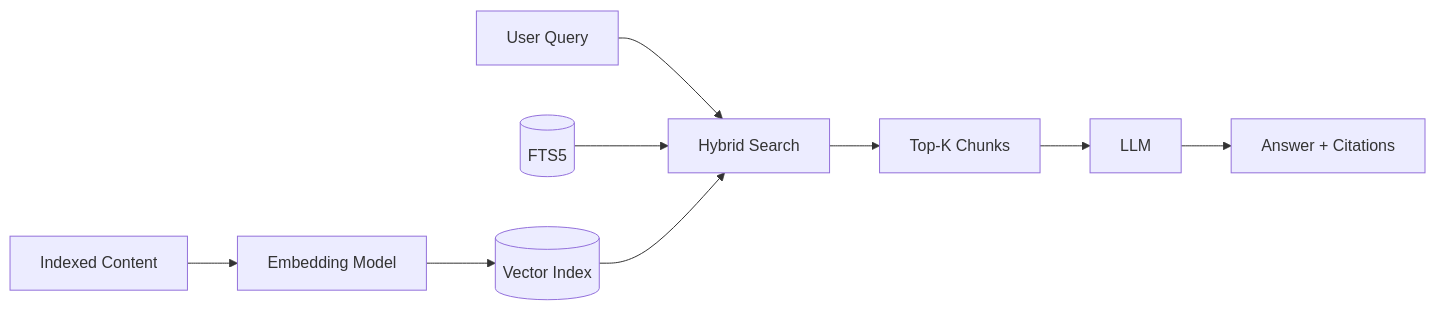
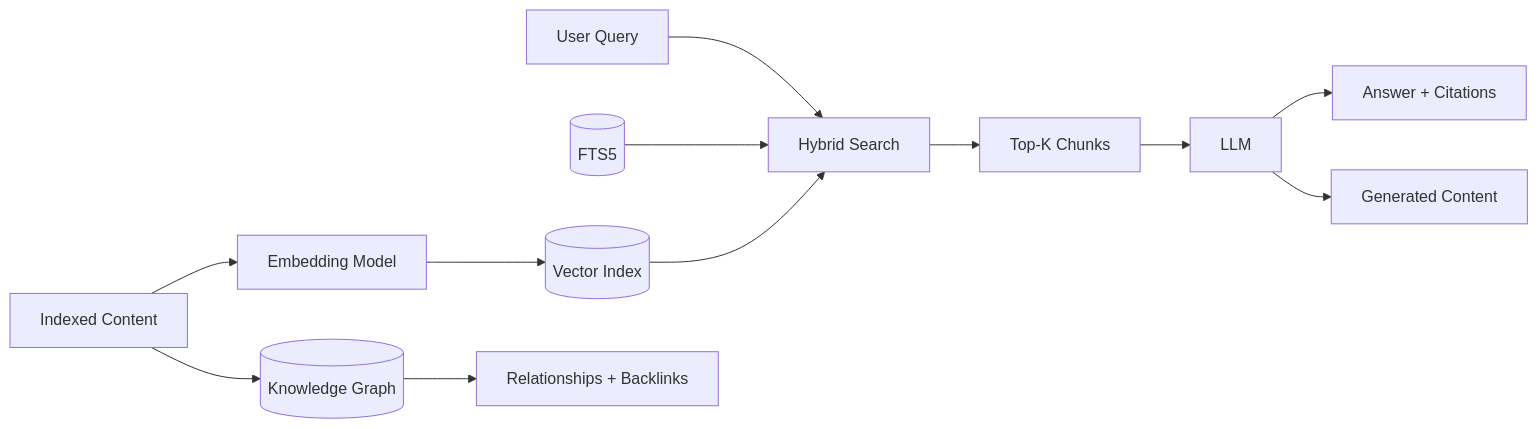
Before and after one commit to ahmedkhaledmohamed/the-hub: the third of 5 diagrams in docs/future-developments.md, drawn with Mermaid. The commit also changed other lines of this file, not shown here.

````diff
--- a/docs/future-developments.md
+++ b/docs/future-developments.md
@@ -75,11 +120,14 @@
 ```mermaid
 flowchart LR
     Content[Indexed Content] --> Embed[Embedding Model]
     Embed --> VecIdx[(Vector Index)]
     Query[User Query] --> Hybrid[Hybrid Search]
     FTS[(FTS5)] --> Hybrid
     VecIdx --> Hybrid
     Hybrid --> TopK[Top-K Chunks]
     TopK --> LLM[LLM]
     LLM --> Answer[Answer + Citations]
+    LLM --> Generate[Generated Content]
+    Content --> Graph[(Knowledge Graph)]
+    Graph --> Links[Relationships + Backlinks]
 ```
````
